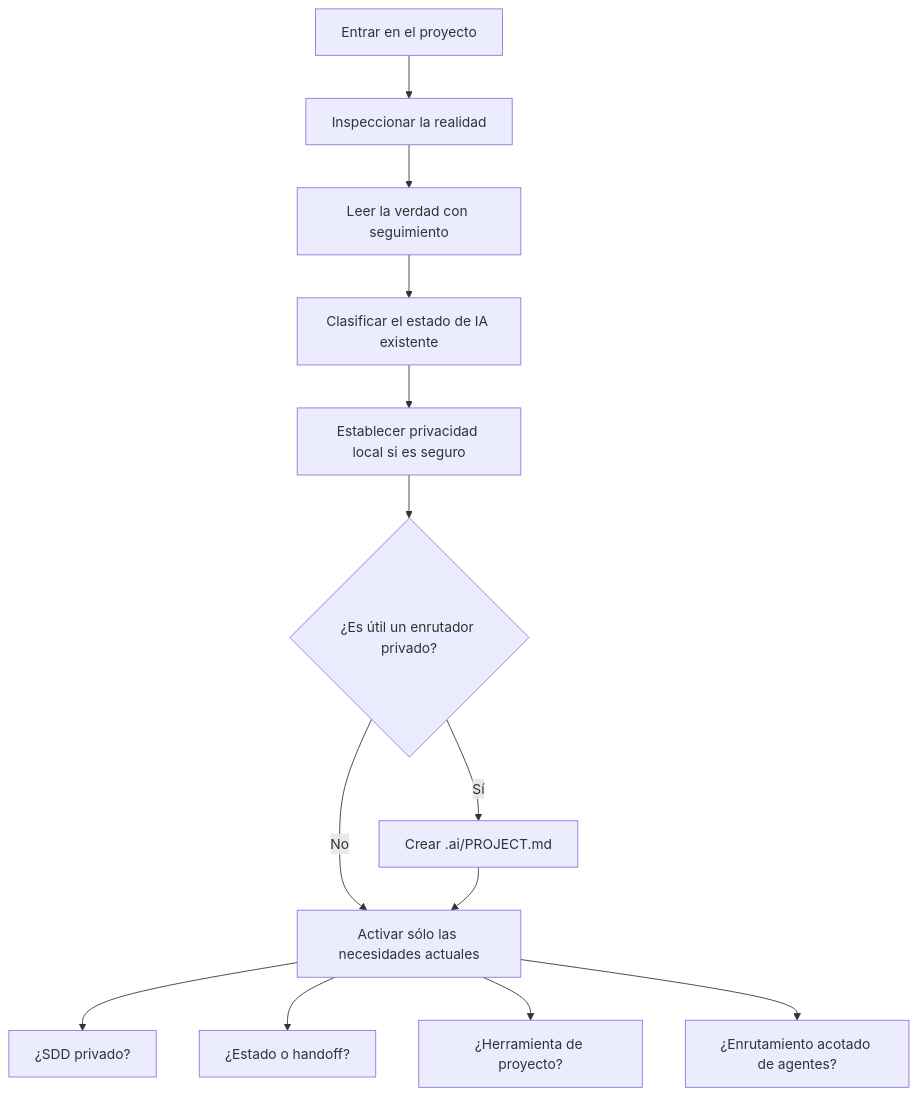
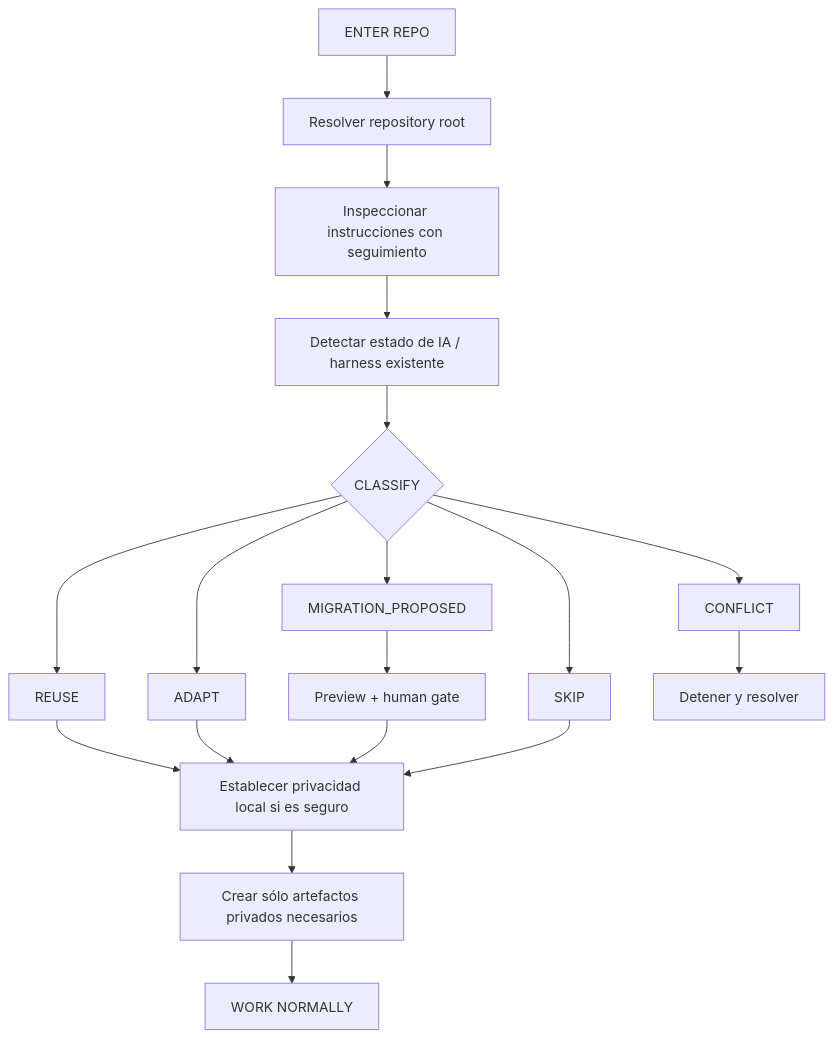
The diagram in docs/project-bootstrap.md (der-kaffe/bio-harness), drawn with Mermaid before and after one commit. The commit also changed other lines of this file and 13 other files, not shown here.

````diff
--- a/docs/project-bootstrap.md
+++ b/docs/project-bootstrap.md
@@ -5,15 +5,20 @@
 ```mermaid
 flowchart TD
-    E[Entrar en el proyecto] --> I[Inspeccionar la realidad]
-    I --> T[Leer la verdad con seguimiento]
-    T --> C[Clasificar el estado de IA existente]
-    C --> P[Establecer privacidad local si es seguro]
-    P --> R{¿Es útil un enrutador privado?}
-    R -->|No| A[Activar sólo las necesidades actuales]
-    R -->|Sí| PR[Crear .ai/PROJECT.md]
-    PR --> A
-    A --> S[¿SDD privado?]
-    A --> ST[¿Estado o handoff?]
-    A --> TL[¿Herramienta de proyecto?]
-    A --> AG[¿Enrutamiento acotado de agentes?]
+    E["ENTER REPO"] --> R["Resolver repository root"]
+    R --> I["Inspeccionar instrucciones con seguimiento"]
+    I --> D["Detectar estado de IA / harness existente"]
+    D --> C{"CLASSIFY"}
+    C --> RE["REUSE"]
+    C --> AD["ADAPT"]
+    C --> MP["MIGRATION_PROPOSED"]
+    C --> CO["CONFLICT"]
+    C --> SK["SKIP"]
+    RE --> P["Establecer privacidad local si es seguro"]
+    AD --> P
+    MP --> H["Preview + human gate"]
+    H --> P
+    SK --> P
+    CO --> X["Detener y resolver"]
+    P --> N["Crear sólo artefactos privados necesarios"]
+    N --> W["WORK NORMALLY"]
 ```
````
